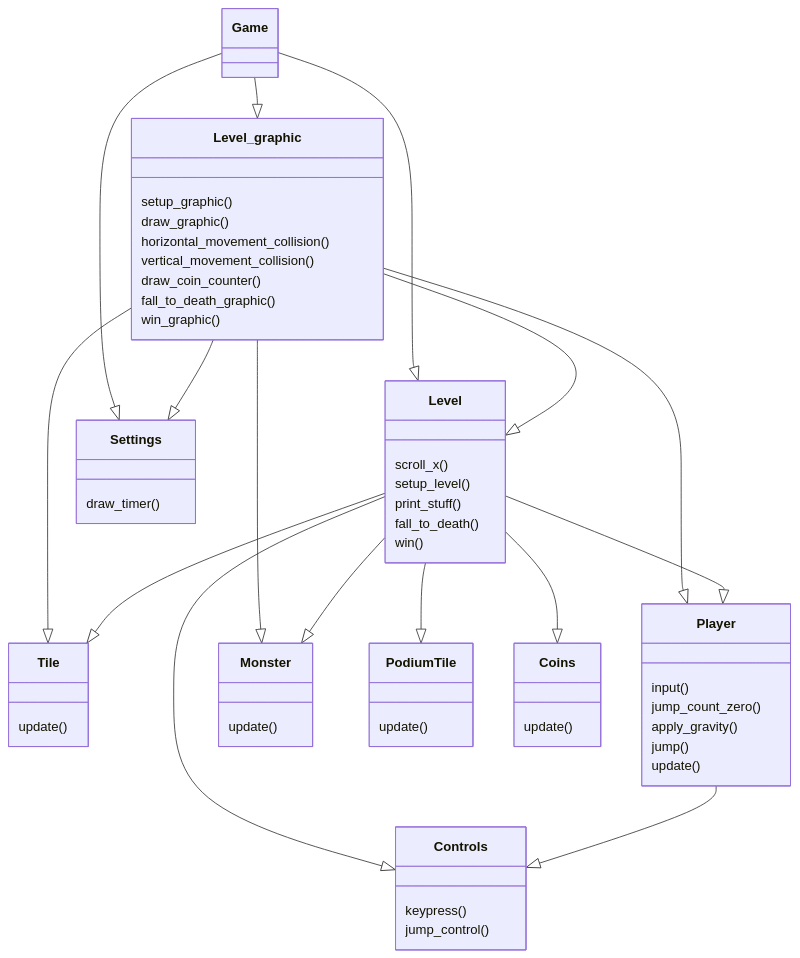
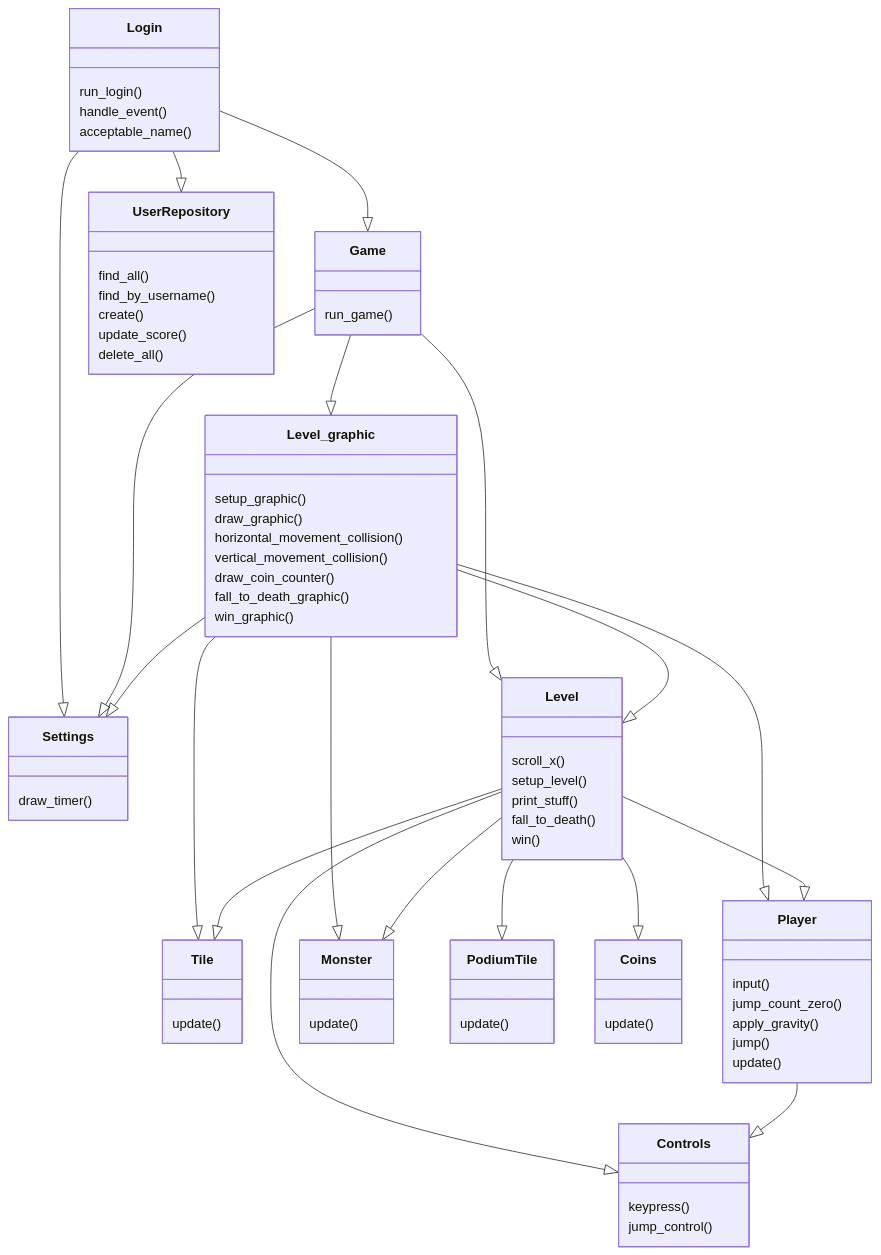
The diagram in Dokumentaatio/arkkitehtuuri.md (mfaarni/ot-harjoitustyo), drawn with Mermaid before and after one commit. The commit also changed other lines of this file, not shown here.

````diff
--- a/Dokumentaatio/arkkitehtuuri.md
+++ b/Dokumentaatio/arkkitehtuuri.md
@@ -1,5 +29,8 @@
 ```mermaid
 classDiagram
+  Login--|>Game
+  Login--|>Settings
+  Login--|>UserRepository
   Game--|>Level
   Game--|>Level_graphic
   Game--|>Settings
@@ -15,6 +46,22 @@
   Level--|>Coins
   Level--|>Controls
   Player--|>Controls
+  
+  
+  class UserRepository{
+    find_all()
+    find_by_username()
+    create()
+    update_score()
+    delete_all()
+  }
+  
+  
+  class Login{
+    run_login()
+    handle_event()
+    acceptable_name()
+  }
 
 
   class Level_graphic{
@@ -83,4 +130,7 @@
     draw_timer()
 
   }
+  class Game{
+  run_game()
+  }
 ```
````
